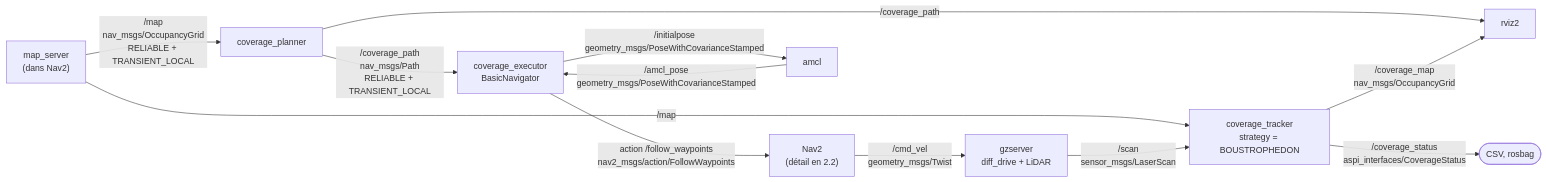
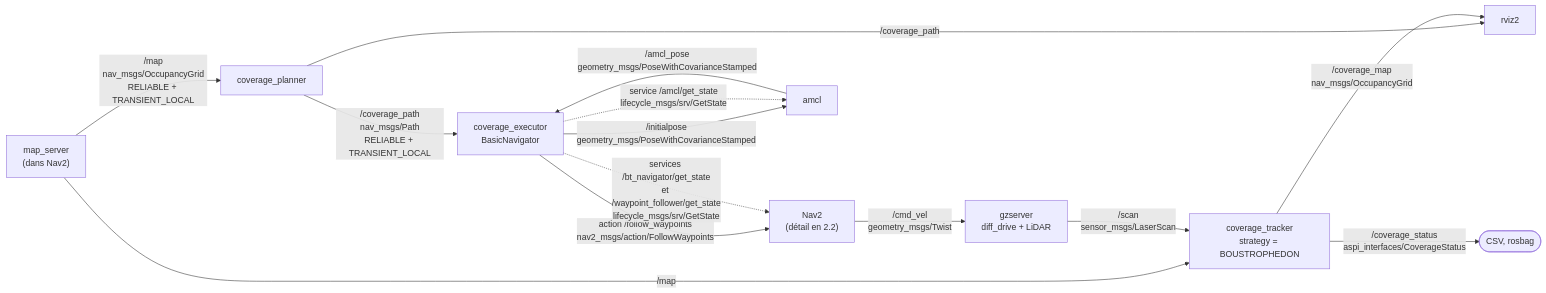
Before and after one commit to Maximator13/robot-aspirateur-ros2: the fourth of 8 diagrams in docs/ARCHITECTURE.md, drawn with Mermaid. The commit also changed other lines of this file and 13 other files, not shown here.

````diff
--- a/docs/ARCHITECTURE.md
+++ b/docs/ARCHITECTURE.md
@@ -127,24 +127,26 @@
 ```mermaid
 flowchart LR
     GZ["gzserver<br/>diff_drive + LiDAR"]
     MS["map_server<br/>(dans Nav2)"]
     PL["coverage_planner"]
     EX["coverage_executor<br/>BasicNavigator"]
     NAV["Nav2<br/>(détail en 2.2)"]
     AMCL["amcl"]
     TR["coverage_tracker<br/>strategy = BOUSTROPHEDON"]
     RV["rviz2"]
     OUT(["CSV, rosbag"])
 
     MS -- "/map<br/>nav_msgs/OccupancyGrid<br/>RELIABLE + TRANSIENT_LOCAL" --> PL
     MS -- "/map" --> TR
     PL -- "/coverage_path<br/>nav_msgs/Path<br/>RELIABLE + TRANSIENT_LOCAL" --> EX
     PL -- "/coverage_path" --> RV
     EX -- "/initialpose<br/>geometry_msgs/PoseWithCovarianceStamped" --> AMCL
     AMCL -- "/amcl_pose<br/>geometry_msgs/PoseWithCovarianceStamped" --> EX
     EX -- "action /follow_waypoints<br/>nav2_msgs/action/FollowWaypoints" --> NAV
+    EX -. "service /amcl/get_state<br/>lifecycle_msgs/srv/GetState" .-> AMCL
+    EX -. "services /bt_navigator/get_state<br/>et /waypoint_follower/get_state<br/>lifecycle_msgs/srv/GetState" .-> NAV
     GZ -- "/scan<br/>sensor_msgs/LaserScan" --> TR
     NAV -- "/cmd_vel<br/>geometry_msgs/Twist" --> GZ
     TR -- "/coverage_map<br/>nav_msgs/OccupancyGrid" --> RV
     TR -- "/coverage_status<br/>aspi_interfaces/CoverageStatus" --> OUT
 ```
````
